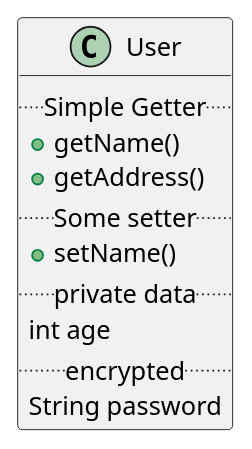
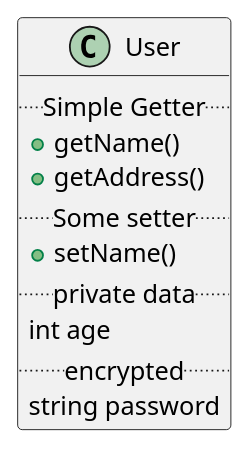
The tenth of 13 diagrams in PlantUML/Lesson02.md (ZhiZe-ZG/UMLLesson), drawn with PlantUML before and after one commit. The commit also changed other lines of this file and 1 other file, not shown here.

````diff
--- a/PlantUML/Lesson02.md
+++ b/PlantUML/Lesson02.md
@@ -136,13 +136,13 @@
 ```PlantUML
 class User {
   .. Simple Getter ..
   + getName()
   + getAddress()
   .. Some setter ..
   + setName()
   .. private data ..
   int age
   .. encrypted ..
-  String password
+  string password
 }
 ```
````
